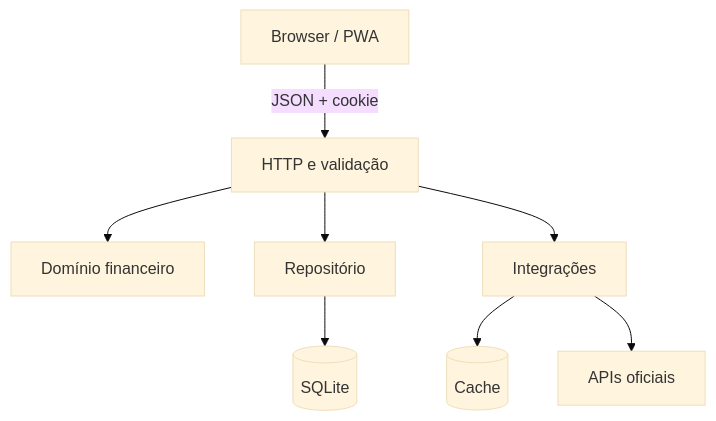
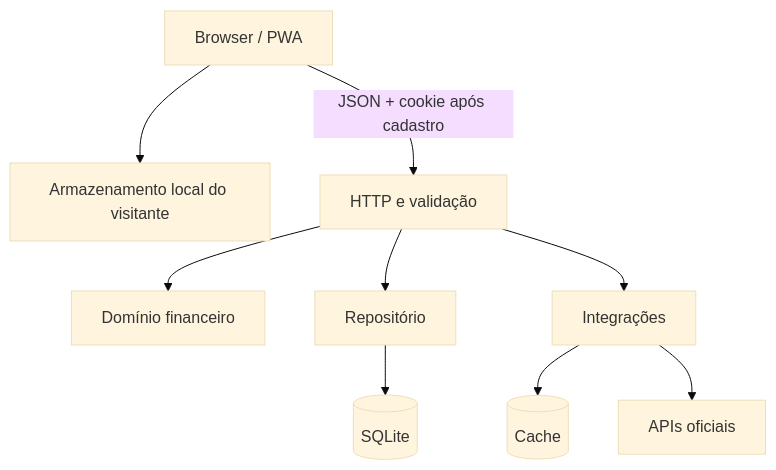
One commit to Sembla/Saldo-Real changed the first of 2 diagrams in docs/ARCHITECTURE.md. Above: the diagram before and after it, drawn with Mermaid (base theme). The commit also changed other lines of this file and 14 other files, not shown here.

````diff
--- a/docs/ARCHITECTURE.md
+++ b/docs/ARCHITECTURE.md
@@ -7,10 +7,11 @@
 ```mermaid
 flowchart TD
-  B["Browser / PWA"] -->|"JSON + cookie"| H["HTTP e validação"]
+  B["Browser / PWA"] --> L["Armazenamento local do visitante"]
+  B -->|"JSON + cookie após cadastro"| H["HTTP e validação"]
   H --> D["Domínio financeiro"]
   H --> R["Repositório"]
   H --> I["Integrações"]
   R --> S[("SQLite")]
   I --> C[("Cache")]
   I --> O["APIs oficiais"]
 ```
````
